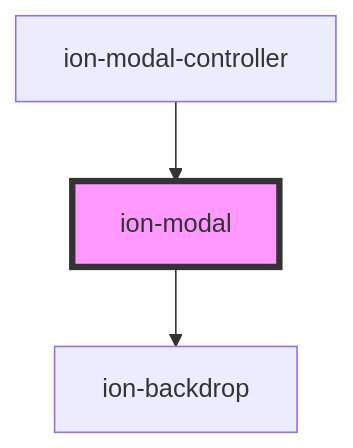
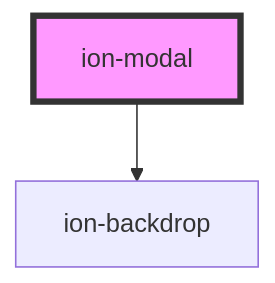
One commit to ionic-team/ionic-framework changed the diagram in core/src/components/modal/readme.md. Above: the diagram before and after it, drawn with Mermaid. The commit also changed other lines of this file and 31 other files, not shown here.

````diff
--- a/core/src/components/modal/readme.md
+++ b/core/src/components/modal/readme.md
@@ -374,6 +370,5 @@
 ```mermaid
 graph TD;
   ion-modal --> ion-backdrop
-  ion-modal-controller --> ion-modal
   style ion-modal fill:#f9f,stroke:#333,stroke-width:4px
 ```
````
